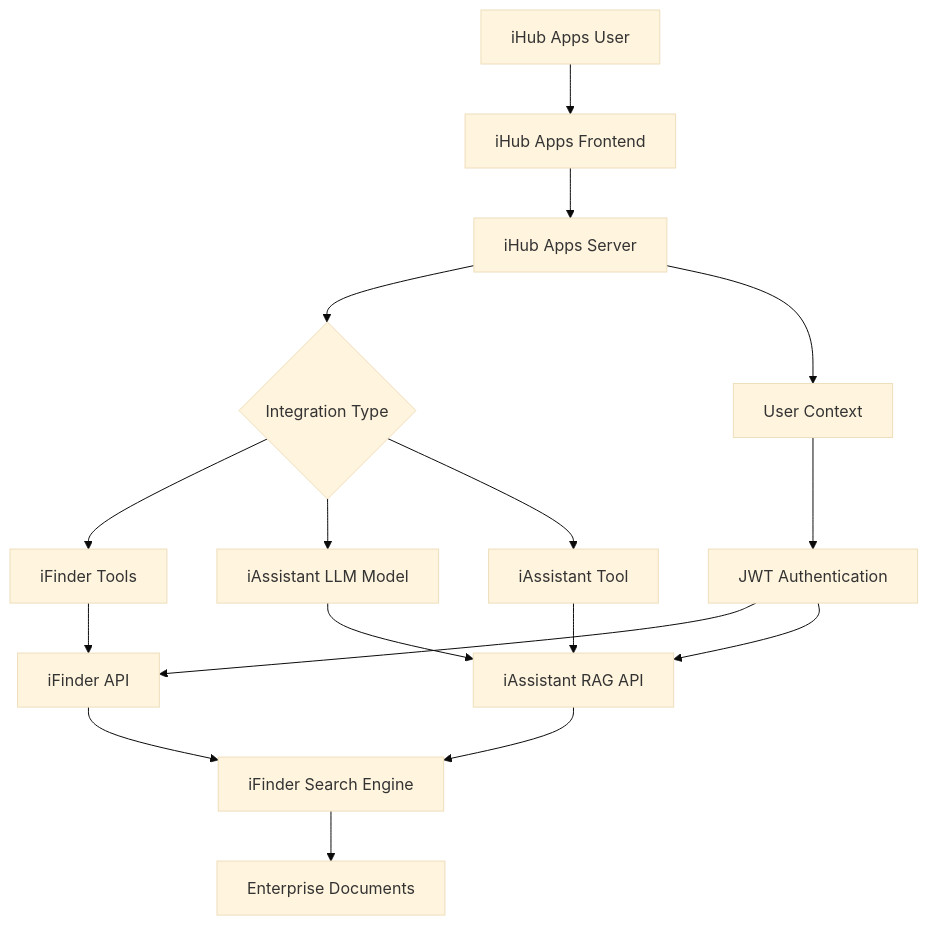
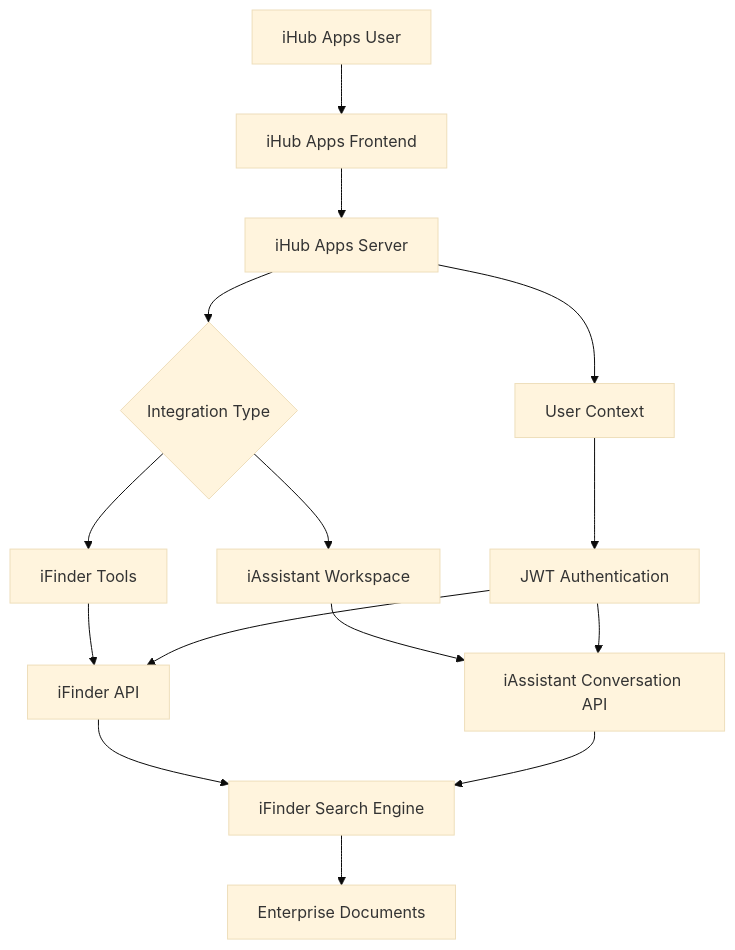
One commit to intrafind/ihub-apps changed the diagram in docs/ifinder-iassistant-admin-guide.md. Above: the diagram before and after it, drawn with Mermaid (base theme). The commit also changed other lines of this file and 2 other files, not shown here.

First line of the commit message:
fix: rename migration V016 to V017 and update iAssistant Basic docs

````diff
--- a/docs/ifinder-iassistant-admin-guide.md
+++ b/docs/ifinder-iassistant-admin-guide.md
@@ -74,24 +72,22 @@
 ```mermaid
 graph TB
     A[iHub Apps User] --> B[iHub Apps Frontend]
     B --> C[iHub Apps Server]
     C --> D{Integration Type}
-    
+
     D --> E[iFinder Tools]
-    D --> F[iAssistant LLM Model]
-    D --> G[iAssistant Tool]
-    
+    D --> F[iAssistant Workspace]
+
     E --> H[iFinder API]
-    F --> I[iAssistant RAG API]
-    G --> I
-    
+    F --> I[iAssistant Conversation API]
+
     H --> J[iFinder Search Engine]
     I --> J
     J --> K[Enterprise Documents]
-    
+
     L[JWT Authentication] --> H
     L --> I
-    
+
     M[User Context] --> L
     C --> M
 ```
````
